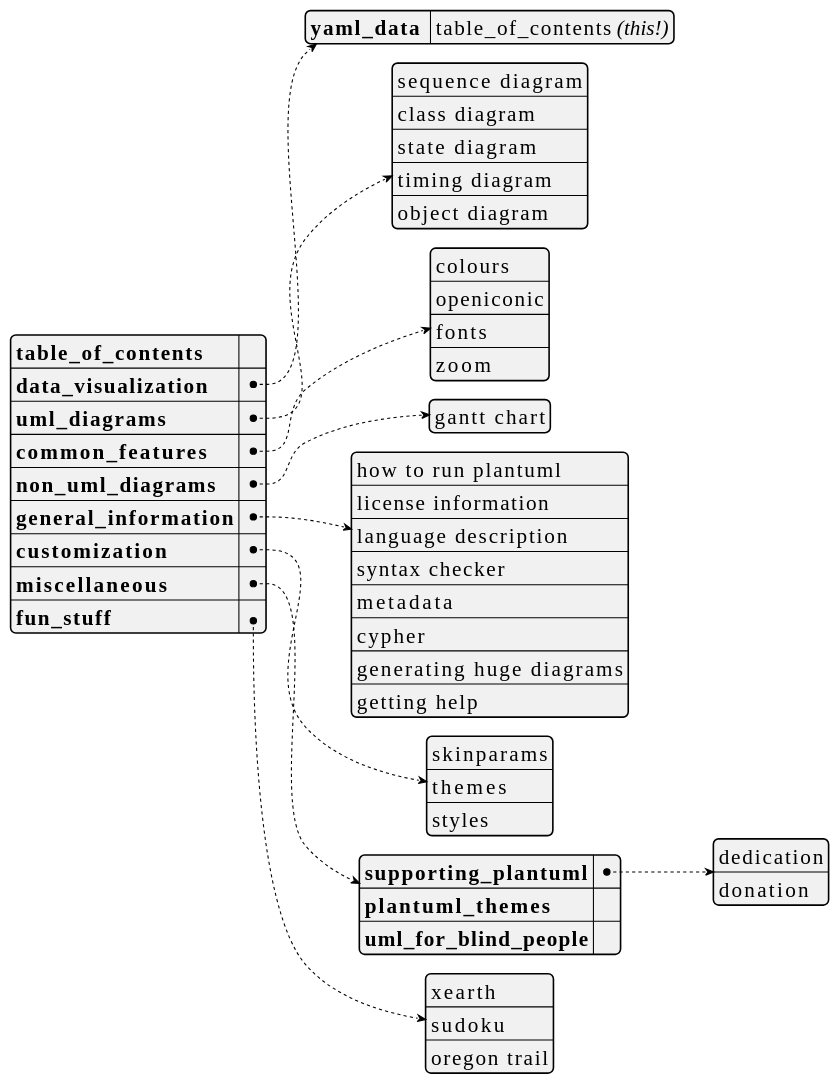
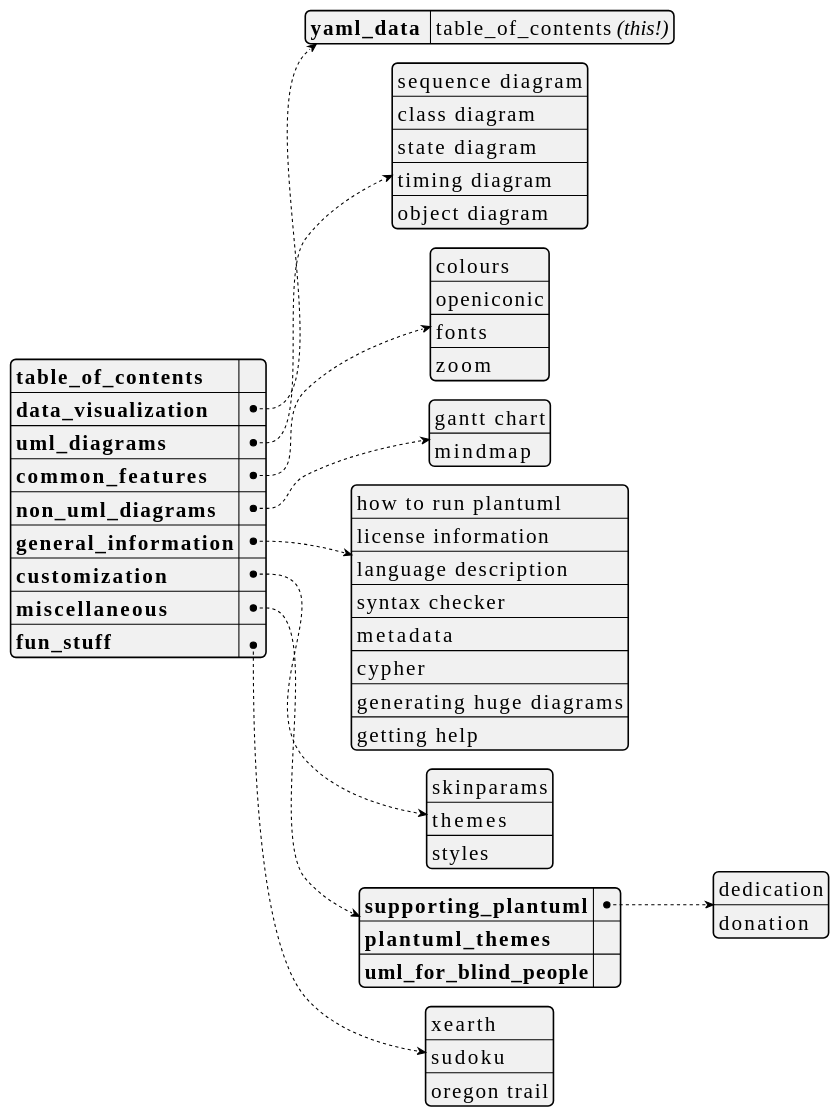
The first of 31 diagrams in plantuml_demo.md (dragondive/heavens-arena), drawn with PlantUML before and after one commit. The commit also changed other lines of this file, not shown here.

Commit message:
added demo: mindmap

````diff
--- a/plantuml_demo.md
+++ b/plantuml_demo.md
@@ -26,62 +26,63 @@
 ```plantuml
 @startyaml
 <style>
 yamlDiagram {
     node {
         ' use a constant width font because that's what developers do.
         FontName Consolas
         FontSize 20
     }
 }
 </style>
 
 /'TODO:
 It would be cool to hyperlink the entries in the table_of_contents to the
 respective section in the document. Not only would it further accentuate the
 [Medium Awareness](https://tvtropes.org/pmwiki/pmwiki.php/Main/MediumAwareness)
 of this yaml document, but also augment the
 [Anachronic Order](https://tvtropes.org/pmwiki/pmwiki.php/Main/AnachronicOrder)
 of the outer markdown document.
 '/
 
 **table_of_contents**: ""  /' workaround: empty string here to avoid dummy link '/
 data_visualization:
     yaml_data : table_of_contents //(this!)//
 uml_diagrams:
     - sequence diagram
     - class diagram
     - state diagram
     - timing diagram
     - object diagram
 common_features:
     - colours
     - openiconic
     - fonts
     - zoom
 non_uml_diagrams:
     - gantt chart
+    - mindmap
 general_information:
     - how to run plantuml
     - license information
     - language description
     - syntax checker
     - metadata
     - cypher
     - generating huge diagrams
     - getting help
 customization:
     - skinparams
     - themes
     - styles
 miscellaneous:
     supporting_plantuml:
         - dedication
         - donation
     plantuml_themes: ""
     uml_for_blind_people: ""
 fun_stuff:
     - xearth
     - sudoku
     - oregon trail
 @endyaml
 ```
````
